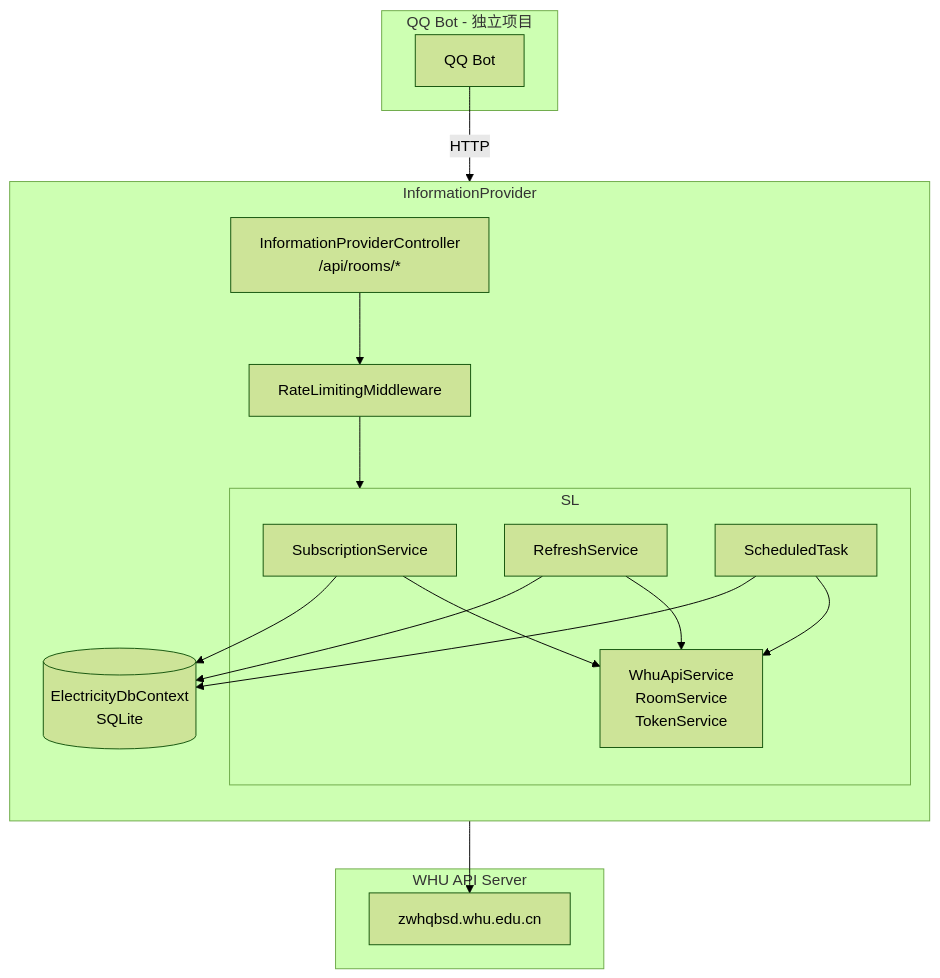
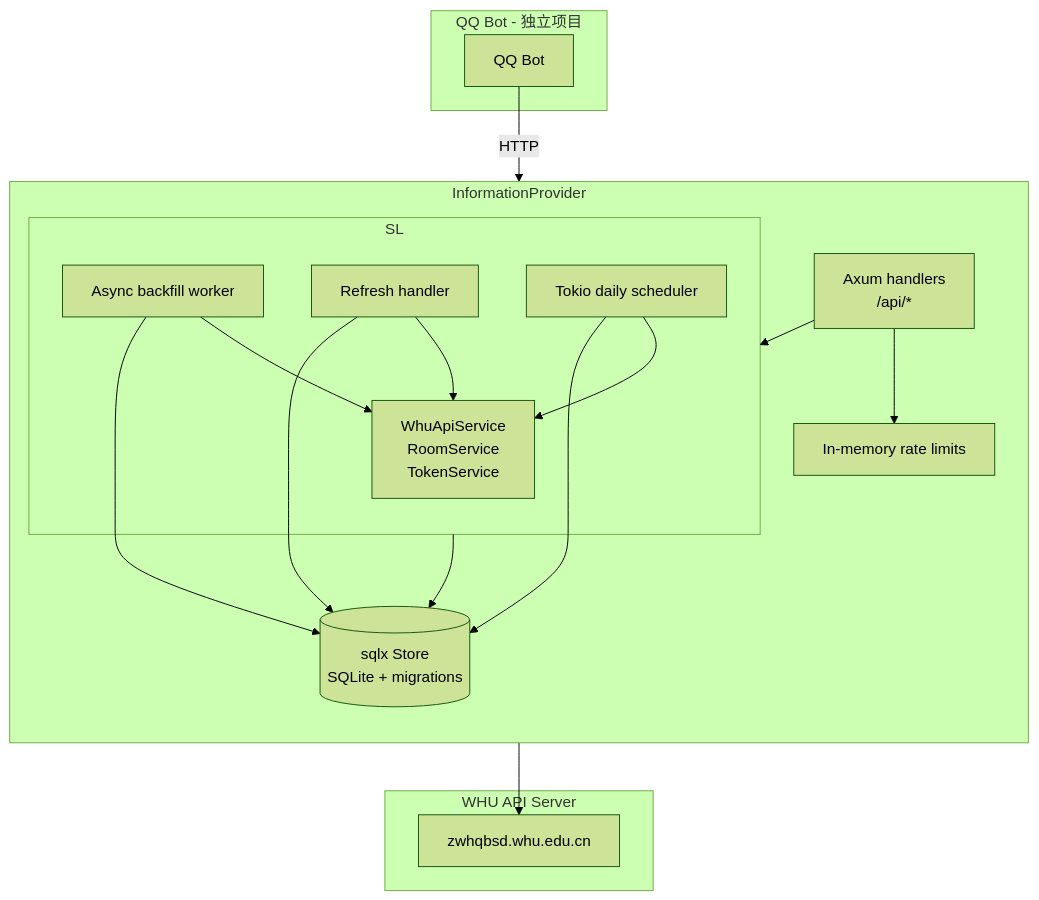
The diagram in docs/design-details.md (whuhyw/infra), drawn with Mermaid (forest theme) before and after one commit. The commit also changed other lines of this file and 10 other files, not shown here.

````diff
--- a/docs/design-details.md
+++ b/docs/design-details.md
@@ -5,37 +5,38 @@
 ```mermaid
 graph TB
     subgraph QQ[QQ Bot - 独立项目]
         Bot[QQ Bot]
     end
 
     subgraph IP[InformationProvider]
         direction TB
-        API[InformationProviderController<br/>/api/rooms/*]
-        SL[Service Layer]
-        DB[(ElectricityDbContext<br/>SQLite)]
-        RM[RateLimitingMiddleware]
+        API[Axum handlers<br/>/api/*]
+        SL[Application modules]
+        DB[(sqlx Store<br/>SQLite + migrations)]
+        RM[In-memory rate limits]
 
         subgraph SL
-            Svc_Sub[SubscriptionService]
-            Svc_Ref[RefreshService]
-            Svc_ST[ScheduledTask]
+            Svc_Sub[Async backfill worker]
+            Svc_Ref[Refresh handler]
+            Svc_ST[Tokio daily scheduler]
             Svc_Wha[WhuApiService<br/>RoomService<br/>TokenService]
         end
 
         API --> RM
-        RM --> SL
+        API --> SL
+        SL --> DB
         Svc_Sub --> DB
         Svc_Ref --> DB
         Svc_ST --> DB
         Svc_Ref --> Svc_Wha
         Svc_Sub --> Svc_Wha
         Svc_ST --> Svc_Wha
     end
 
     subgraph WHU[WHU API Server]
         WHU_Srv[zwhqbsd.whu.edu.cn]
     end
 
     Bot -- HTTP --> API
     Svc_Wha --> WHU_Srv
 ```
````
